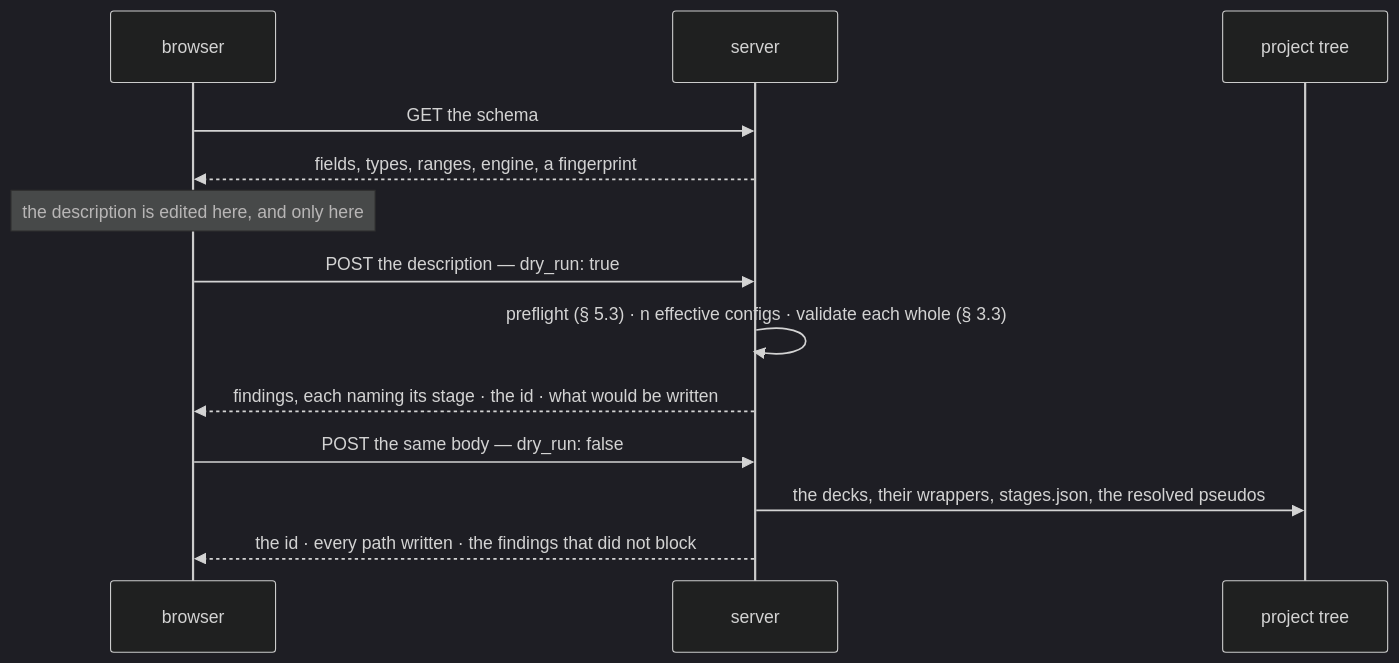
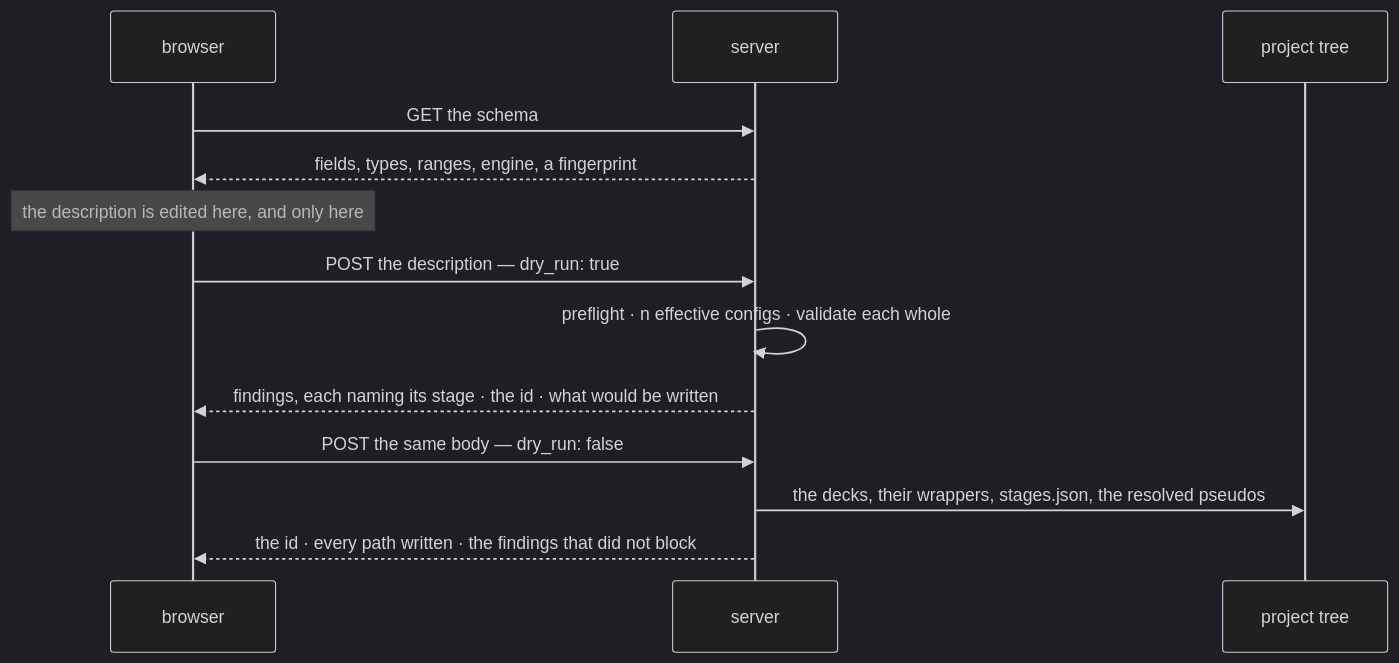
Before and after one commit to Qing-LAB/molbuilder: the second of 2 diagrams in docs/web/staged-runs-architecture.md, drawn with Mermaid (dark theme). The commit also changed other lines of this file and 5 other files, not shown here.

````diff
--- a/docs/web/staged-runs-architecture.md
+++ b/docs/web/staged-runs-architecture.md
@@ -789,18 +181,18 @@
 ```mermaid
 sequenceDiagram
     participant B as browser
     participant S as server
     participant T as project tree
 
     B->>S: GET the schema
     S-->>B: fields, types, ranges, engine, a fingerprint
     Note over B: the description is edited here, and only here
 
     B->>S: POST the description — dry_run: true
-    S->>S: preflight (§ 5.3) · n effective configs · validate each whole (§ 3.3)
+    S->>S: preflight · n effective configs · validate each whole
     S-->>B: findings, each naming its stage · the id · what would be written
 
     B->>S: POST the same body — dry_run: false
     S->>T: the decks, their wrappers, stages.json, the resolved pseudos
     S-->>B: the id · every path written · the findings that did not block
 ```
````
